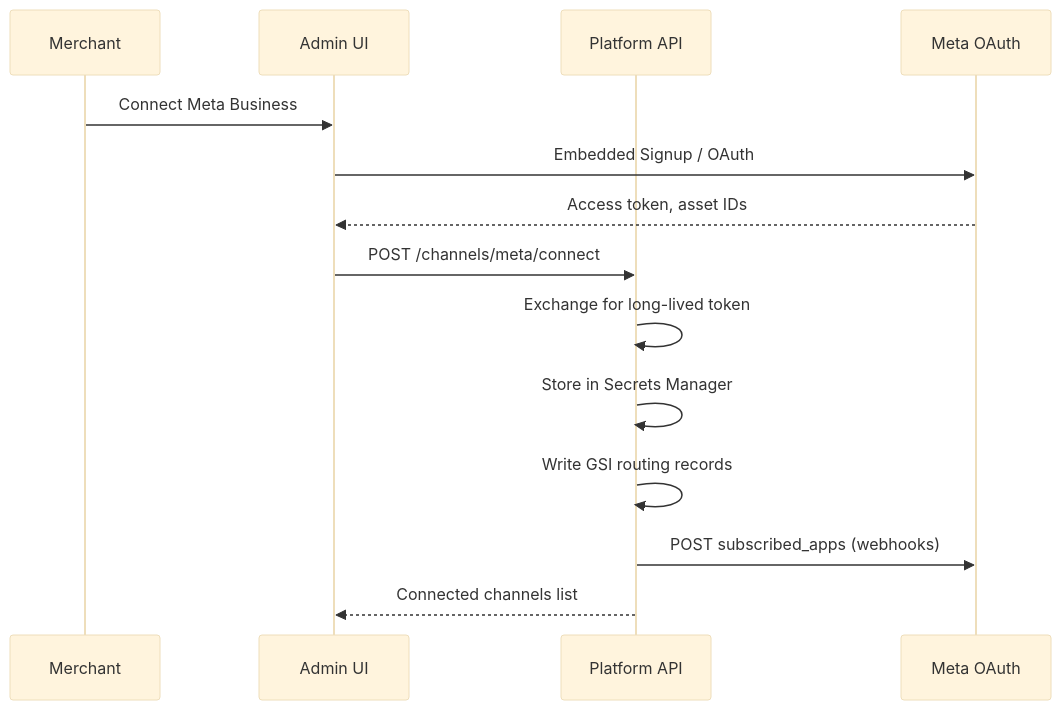
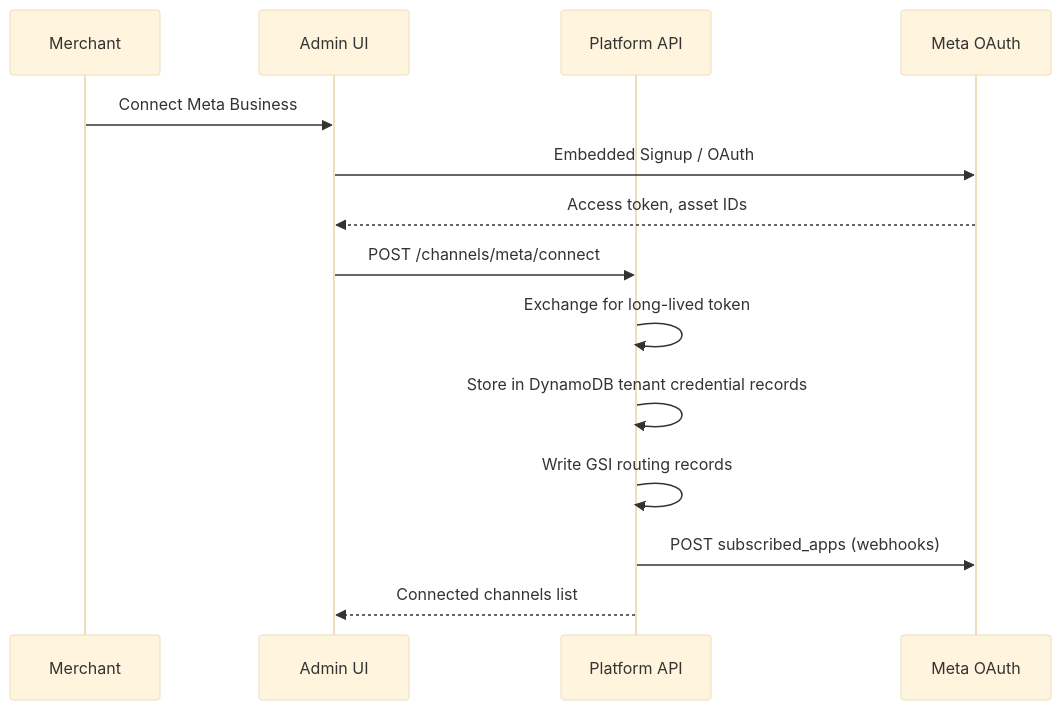
One commit to manikya/chat-bot changed the diagram in docs/functions/02-meta-channel-integration.md. Above: the diagram before and after it, drawn with Mermaid (base theme). The commit also changed other lines of this file and 27 other files, not shown here.

First line of the commit message:
Migrate Meta secrets to DynamoDB

````diff
--- a/docs/functions/02-meta-channel-integration.md
+++ b/docs/functions/02-meta-channel-integration.md
@@ -31,17 +31,17 @@
 ```mermaid
 sequenceDiagram
     participant M as Merchant
     participant A as Admin UI
     participant P as Platform API
     participant Meta as Meta OAuth
 
     M->>A: Connect Meta Business
     A->>Meta: Embedded Signup / OAuth
     Meta-->>A: Access token, asset IDs
     A->>P: POST /channels/meta/connect
     P->>P: Exchange for long-lived token
-    P->>P: Store in Secrets Manager
+    P->>P: Store in DynamoDB tenant credential records
     P->>P: Write GSI routing records
     P->>Meta: POST subscribed_apps (webhooks)
     P-->>A: Connected channels list
 ```
````
